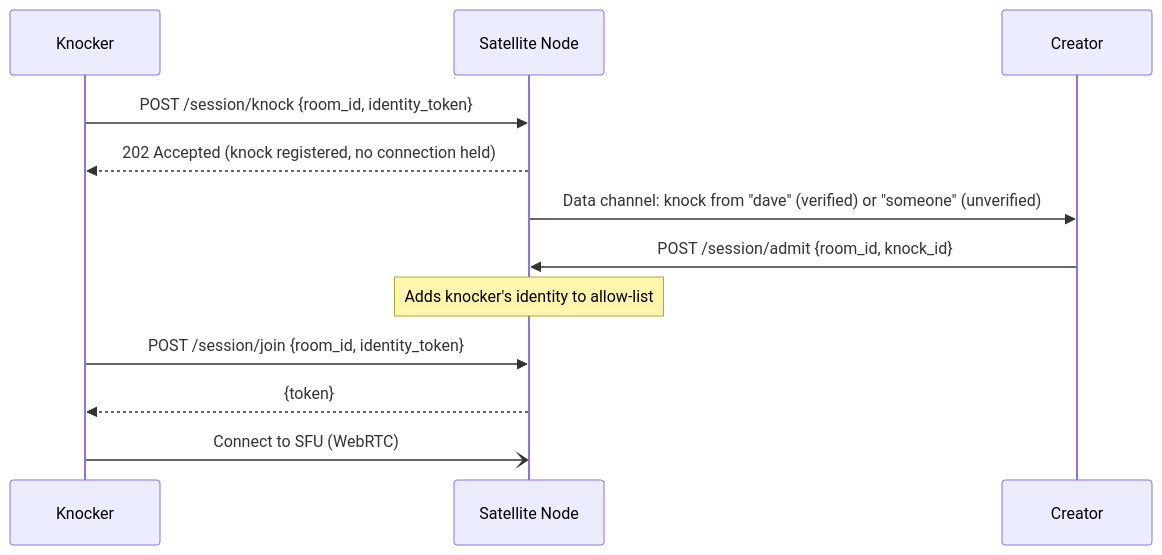
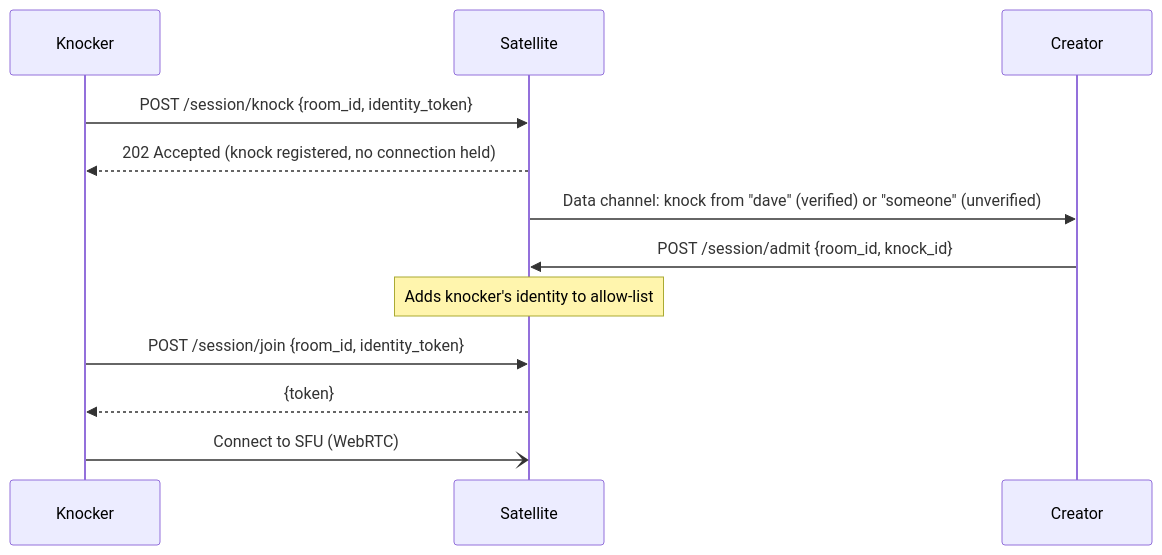
Before and after one commit to hivecom/orbit-spec: the second of 2 diagrams in spec/02-components/02-satellite.md, drawn with Mermaid. The commit also changed other lines of this file and 10 other files, not shown here.

Commit message:
Clarify Satellite architecture and naming

````diff
--- a/spec/02-components/02-satellite.md
+++ b/spec/02-components/02-satellite.md
@@ -296,16 +300,16 @@
 ```mermaid
 sequenceDiagram
     participant K as Knocker
-    participant SAT as Satellite Node
+    participant SAT as Satellite
     participant C as Creator
 
     K->>SAT: POST /session/knock {room_id, identity_token}
     SAT-->>K: 202 Accepted (knock registered, no connection held)
     SAT->>C: Data channel: knock from "dave" (verified) or "someone" (unverified)
     C->>SAT: POST /session/admit {room_id, knock_id}
     Note over SAT: Adds knocker's identity to allow-list
 
     K->>SAT: POST /session/join {room_id, identity_token}
     SAT-->>K: {token}
     K-)SAT: Connect to SFU (WebRTC)
 ```
````
